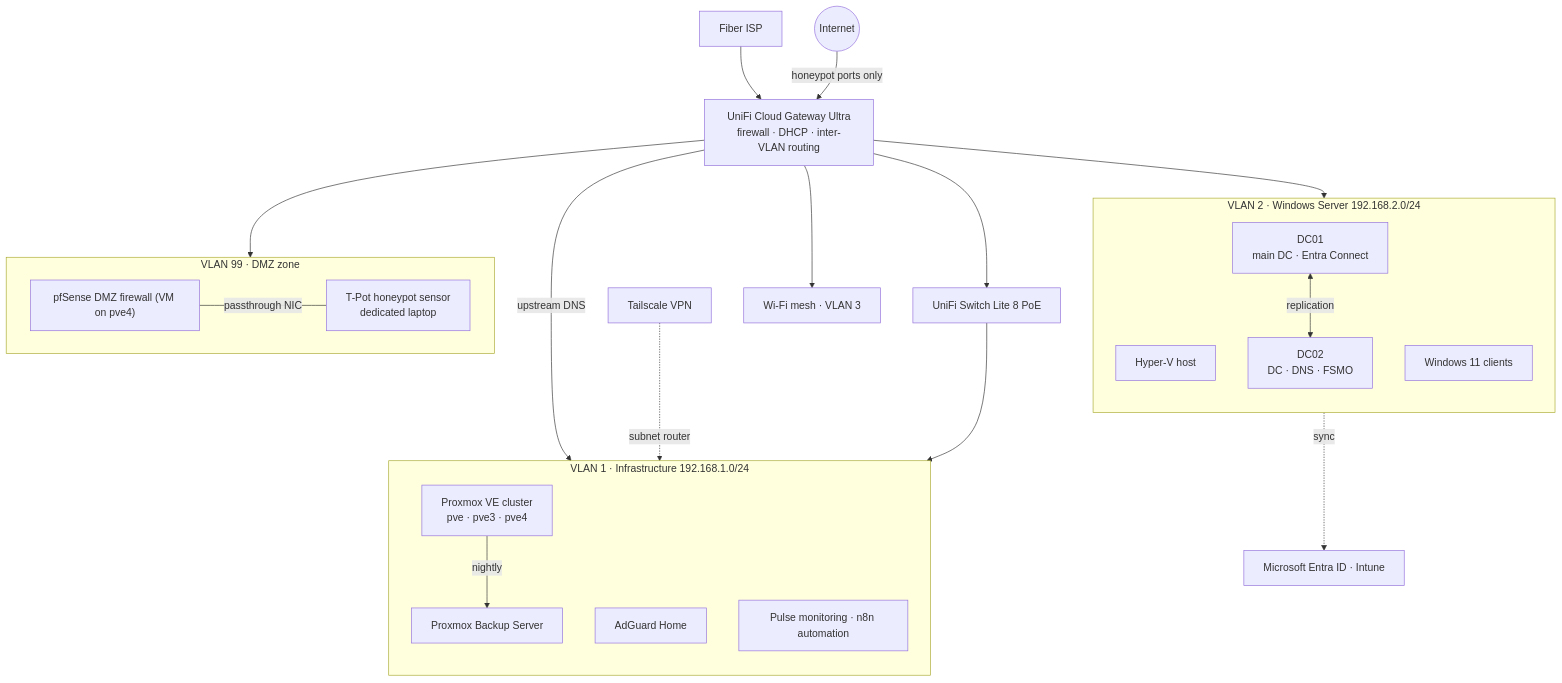
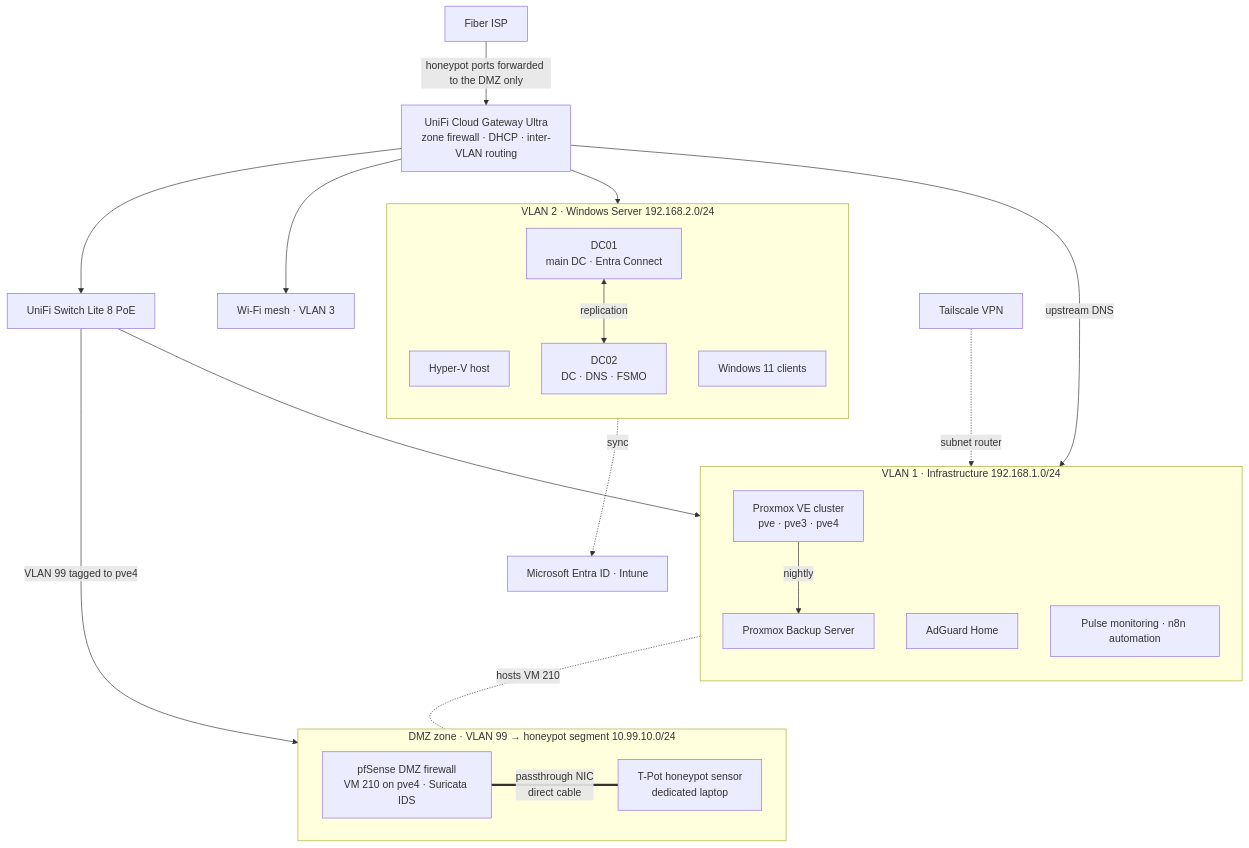
Before and after one commit to kharn970/HomeLab-Infrastructure-: the diagram in README.md, drawn with Mermaid. The commit also changed 1 other file, not shown here.

Commit message:
Show the honeypot's physical placement in the topology diagrams
Draw VLAN 99 reaching the pfSense VM on pve4 through the switch trunk,
and the passthrough-NIC direct cable to the sensor laptop, in both the
README architecture diagram and the network topology. Add a hop-by-hop
DMZ traffic path table to the network page.

````diff
--- a/README.md
+++ b/README.md
@@ -37,39 +37,40 @@
 ```mermaid
 flowchart TB
-  ISP["Fiber ISP"] --> GW["UniFi Cloud Gateway Ultra<br/>firewall · DHCP · inter-VLAN routing"]
+  ISP["Fiber ISP"] -->|"honeypot ports forwarded to the DMZ only"| GW["UniFi Cloud Gateway Ultra<br/>zone firewall · DHCP · inter-VLAN routing"]
   GW --> SW["UniFi Switch Lite 8 PoE"]
   GW --> WIFI["Wi-Fi mesh · VLAN 3"]
 
   subgraph V1["VLAN 1 · Infrastructure 192.168.1.0/24"]
     direction TB
     PVE["Proxmox VE cluster<br/>pve · pve3 · pve4"]
     PBS["Proxmox Backup Server"]
     DNS["AdGuard Home"]
     MON["Pulse monitoring · n8n automation"]
   end
 
   subgraph V2["VLAN 2 · Windows Server 192.168.2.0/24"]
     direction TB
     HV["Hyper-V host"]
     DC1["DC01<br/>main DC · Entra Connect"]
     DC2["DC02<br/>DC · DNS · FSMO"]
     W11["Windows 11 clients"]
   end
 
-  subgraph ISO["VLAN 99 · DMZ zone"]
-    PF["pfSense DMZ firewall (VM on pve4)"]
+  subgraph DMZ["DMZ zone · VLAN 99 → honeypot segment 10.99.10.0/24"]
+    direction LR
+    PF["pfSense DMZ firewall<br/>VM 210 on pve4 · Suricata IDS"]
     HP["T-Pot honeypot sensor<br/>dedicated laptop"]
+    PF ===|"passthrough NIC<br/>direct cable"| HP
   end
-
-  INET(("Internet")) -->|honeypot ports only| GW
-  PF ---|passthrough NIC| HP
 
   SW --> V1
   GW --> V2
-  GW --> ISO
+  SW -->|VLAN 99 tagged to pve4| PF
+  PVE -.-|hosts VM 210| PF
+  V1 ~~~ DMZ
   DC1 <-->|replication| DC2
   DC1 -.->|sync| ENTRA["Microsoft Entra ID · Intune"]
   PVE -->|nightly| PBS
   GW -->|upstream DNS| DNS
   TS["Tailscale VPN"] -.->|subnet router| PVE
 ```
````
